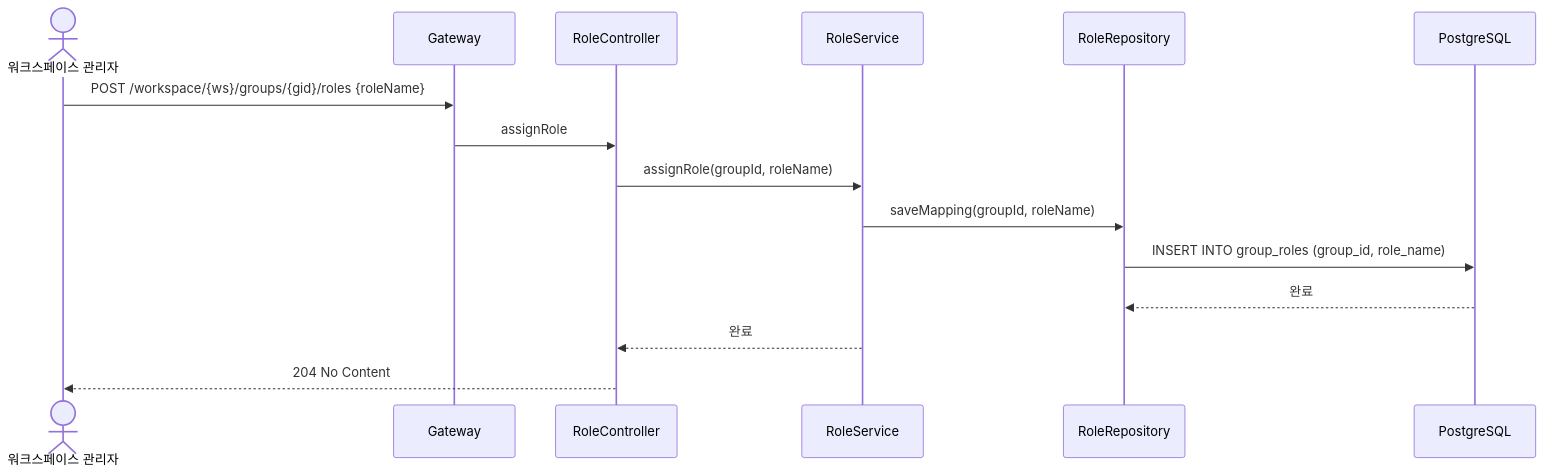
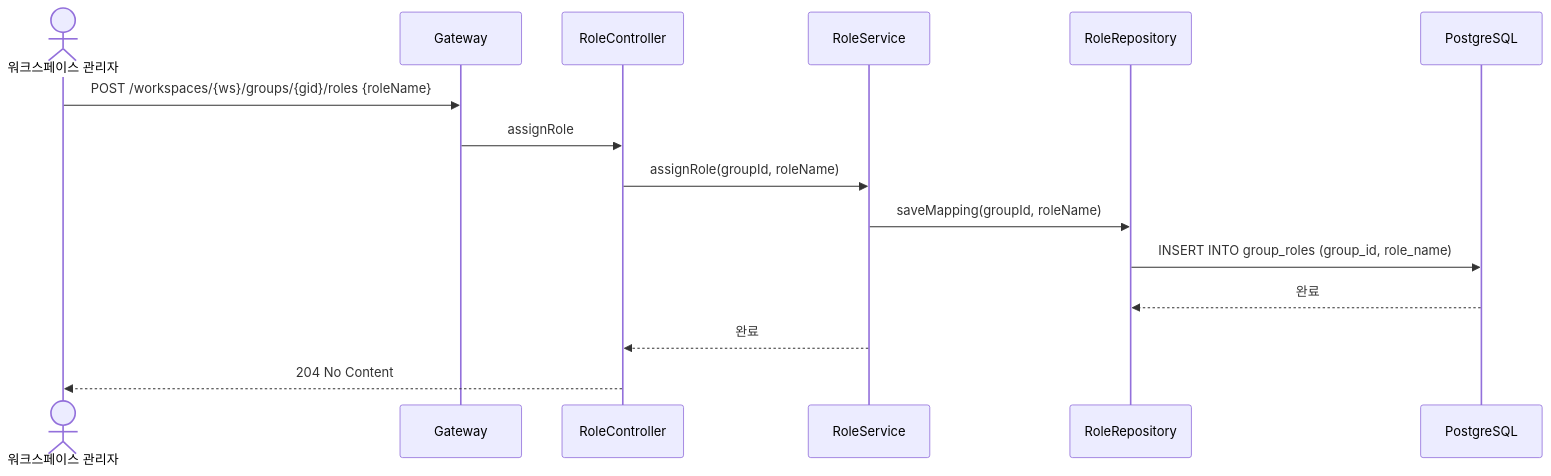
One commit to sayaya1090/handbook changed the fifth of 5 diagrams in workspace-command/USECASE.md. Above: the diagram before and after it, drawn with Mermaid. The commit also changed other lines of this file and 58 other files, not shown here.

````diff
--- a/workspace-command/USECASE.md
+++ b/workspace-command/USECASE.md
@@ -108,18 +108,18 @@
 ```mermaid
 sequenceDiagram
     actor Admin as 워크스페이스 관리자
     participant GW as Gateway
     participant Ctrl as RoleController
     participant Svc as RoleService
     participant RRepo as RoleRepository
     participant DB as PostgreSQL
 
-    Admin->>GW: POST /workspace/{ws}/groups/{gid}/roles {roleName}
+    Admin->>GW: POST /workspaces/{ws}/groups/{gid}/roles {roleName}
     GW->>Ctrl: assignRole
     Ctrl->>Svc: assignRole(groupId, roleName)
     Svc->>RRepo: saveMapping(groupId, roleName)
     RRepo->>DB: INSERT INTO group_roles (group_id, role_name)
     DB-->>RRepo: 완료
     Svc-->>Ctrl: 완료
     Ctrl-->>Admin: 204 No Content
 ```
````
